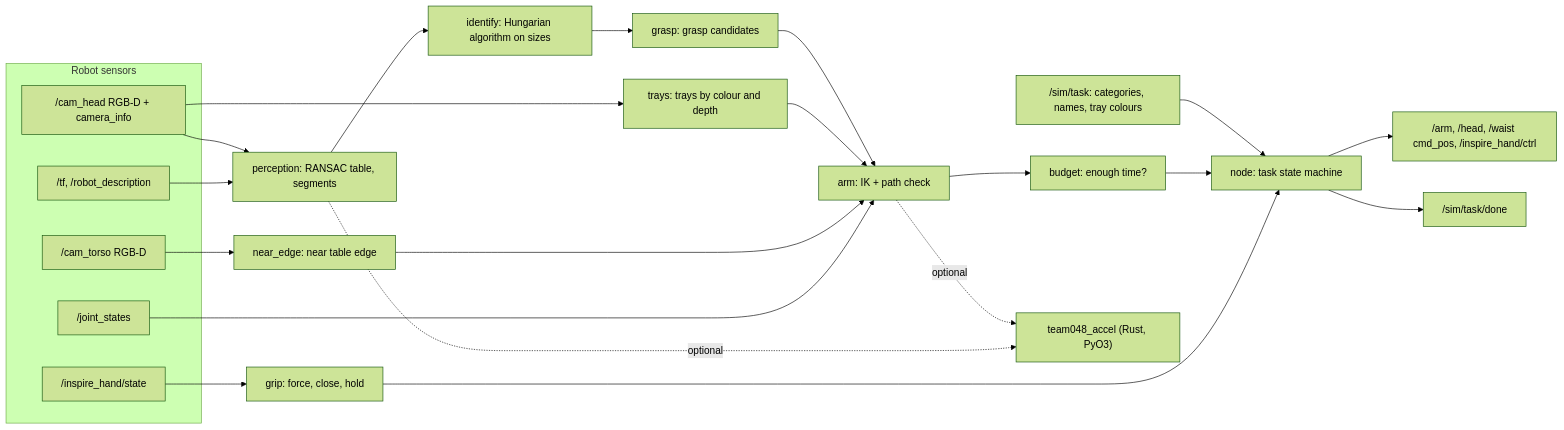
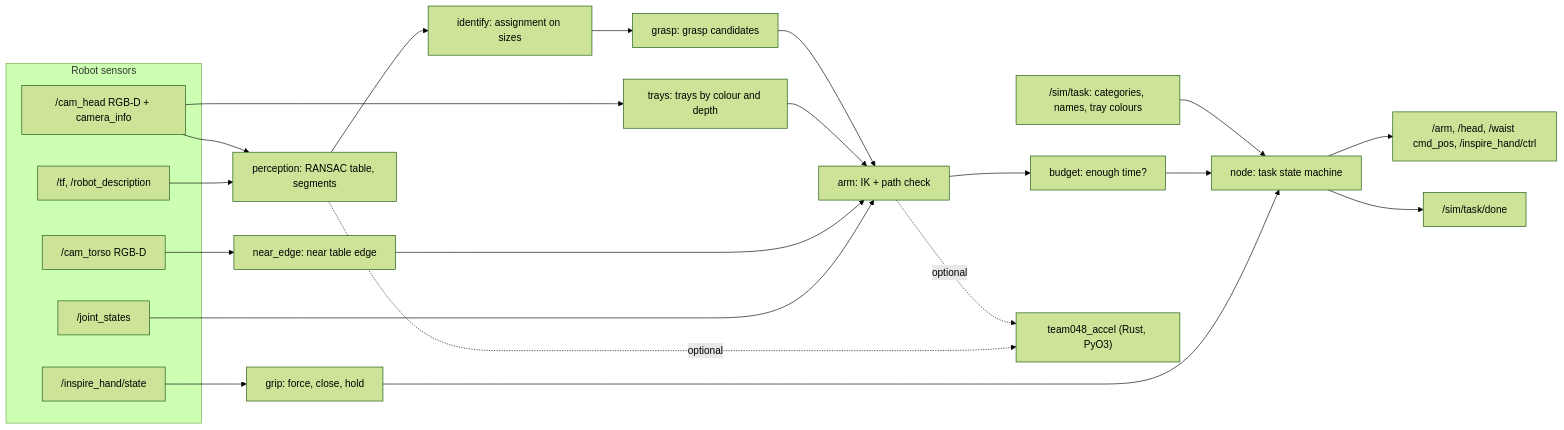
One commit to KonkovDV/DeftSort changed the first of 2 diagrams in README.en.md. Above: the diagram before and after it, drawn with Mermaid (forest theme). The commit also changed other lines of this file and 6 other files, not shown here.

````diff
--- a/README.en.md
+++ b/README.en.md
@@ -86,29 +86,29 @@
 ```mermaid
 flowchart LR
   subgraph S["Robot sensors"]
     HC["/cam_head RGB-D + camera_info"]
     TC["/cam_torso RGB-D"]
     JS["/joint_states"]
     IH["/inspire_hand/state"]
     TF["/tf, /robot_description"]
   end
   T["/sim/task: categories, names, tray colours"] --> N
   HC --> P["perception: RANSAC table, segments"]
   TC --> E["near_edge: near table edge"]
   HC --> Y["trays: trays by colour and depth"]
   TF --> P
-  P --> I["identify: Hungarian algorithm on sizes"]
+  P --> I["identify: assignment on sizes"]
   I --> G["grasp: grasp candidates"]
   G --> A["arm: IK + path check"]
   Y --> A
   E --> A
   JS --> A
   A --> B["budget: enough time?"]
   B --> N["node: task state machine"]
   IH --> R["grip: force, close, hold"]
   R --> N
   N --> C["/arm, /head, /waist cmd_pos, /inspire_hand/ctrl"]
   N --> D["/sim/task/done"]
   A -. "optional" .-> X["team048_accel (Rust, PyO3)"]
   P -. "optional" .-> X
 ```
````
